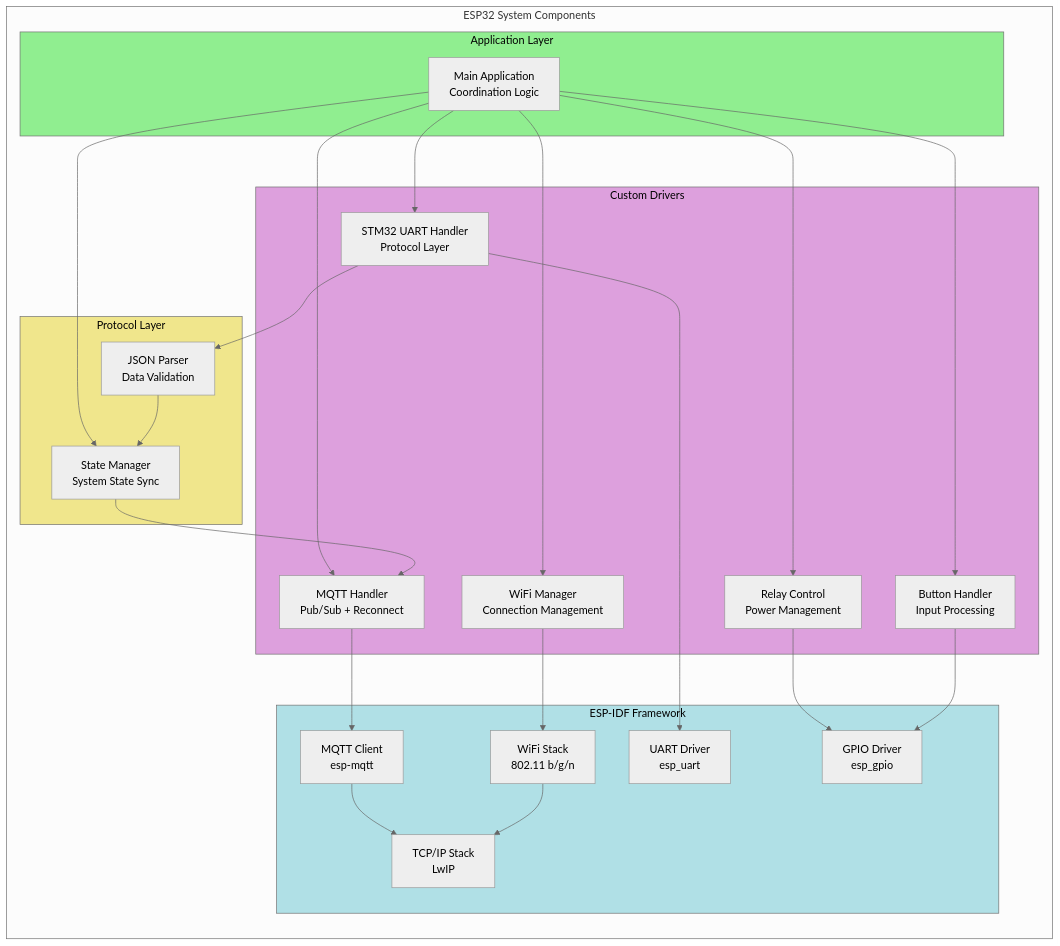
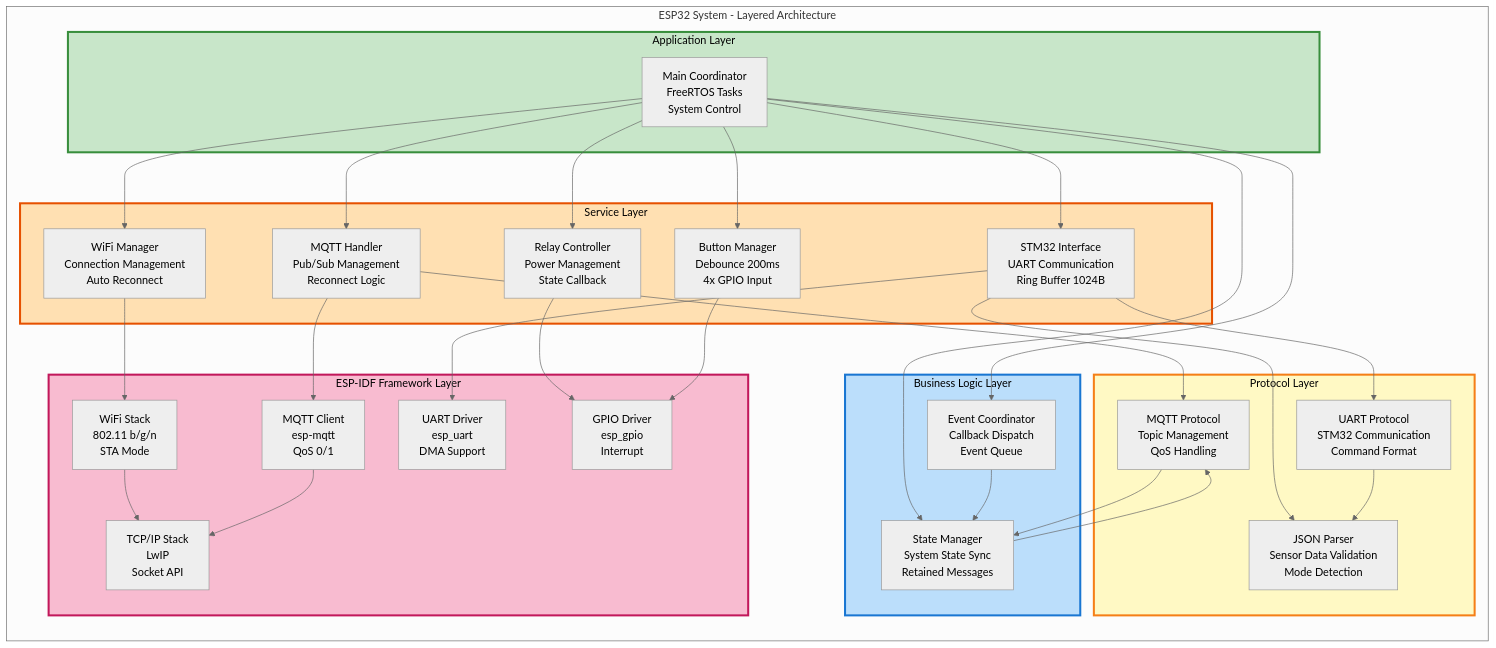
Before and after one commit to meeTeam05/datalogger: the third of 10 diagrams in documents/firmware/ARCHITECTURE_DIAGRAM_FIRMWARE.md, drawn with Mermaid (neutral theme). The commit also changed other lines of this file, not shown here.

Commit message:
fix(docs): enhance architecture diagrams clarity and details

````diff
--- a/documents/firmware/ARCHITECTURE_DIAGRAM_FIRMWARE.md
+++ b/documents/firmware/ARCHITECTURE_DIAGRAM_FIRMWARE.md
@@ -214,56 +221,69 @@
 ```mermaid
 graph TB
-    subgraph ESP32_System[ESP32 System Components]
+    subgraph ESP32_System["ESP32 System - Layered Architecture"]
         direction TB
 
-        subgraph ESP_IDF[ESP-IDF Framework]
-            WiFi_Stack[WiFi Stack<br/>802.11 b/g/n]
-            TCP_IP[TCP/IP Stack<br/>LwIP]
-            MQTT_Client[MQTT Client<br/>esp-mqtt]
-            UART_Driver[UART Driver<br/>esp_uart]
-            GPIO_Driver[GPIO Driver<br/>esp_gpio]
+        subgraph Application_Layer["Application Layer"]
+            Main_Coordinator[Main Coordinator<br/>FreeRTOS Tasks<br/>System Control]
         end
 
-        subgraph Custom_Drivers[Custom Drivers]
-            WiFi_Mgr[WiFi Manager<br/>Connection Management]
-            MQTT_Handler[MQTT Handler<br/>Pub/Sub + Reconnect]
-            UART_Handler[STM32 UART Handler<br/>Protocol Layer]
-            Relay_Ctrl[Relay Control<br/>Power Management]
-            Button_Handler[Button Handler<br/>Input Processing]
+        subgraph Business_Logic["Business Logic Layer"]
+            State_Manager[State Manager<br/>System State Sync<br/>Retained Messages]
+            Event_Coordinator[Event Coordinator<br/>Callback Dispatch<br/>Event Queue]
         end
 
-        subgraph Protocol[Protocol Layer]
-            JSON_Parser[JSON Parser<br/>Data Validation]
-            State_Mgr[State Manager<br/>System State Sync]
+        subgraph Protocol_Layer["Protocol Layer"]
+            JSON_Parser[JSON Parser<br/>Sensor Data Validation<br/>Mode Detection]
+            MQTT_Protocol[MQTT Protocol<br/>Topic Management<br/>QoS Handling]
+            UART_Protocol[UART Protocol<br/>STM32 Communication<br/>Command Format]
         end
 
-        subgraph Application[Application Layer]
-            Main_App[Main Application<br/>Coordination Logic]
+        subgraph Service_Layer["Service Layer"]
+            WiFi_Manager[WiFi Manager<br/>Connection Management<br/>Auto Reconnect]
+            MQTT_Handler[MQTT Handler<br/>Pub/Sub Management<br/>Reconnect Logic]
+            STM32_Interface[STM32 Interface<br/>UART Communication<br/>Ring Buffer 1024B]
+            Relay_Controller[Relay Controller<br/>Power Management<br/>State Callback]
+            Button_Manager[Button Manager<br/>Debounce 200ms<br/>4x GPIO Input]
         end
+
+        subgraph Driver_Layer["ESP-IDF Framework Layer"]
+            WiFi_Stack[WiFi Stack<br/>802.11 b/g/n<br/>STA Mode]
+            TCP_IP_Stack[TCP/IP Stack<br/>LwIP<br/>Socket API]
+            MQTT_Client[MQTT Client<br/>esp-mqtt<br/>QoS 0/1]
+            UART_Driver[UART Driver<br/>esp_uart<br/>DMA Support]
+            GPIO_Driver[GPIO Driver<br/>esp_gpio<br/>Interrupt]
+        end
+
+        Main_Coordinator --> WiFi_Manager
+        Main_Coordinator --> MQTT_Handler
+        Main_Coordinator --> STM32_Interface
+        Main_Coordinator --> Relay_Controller
+        Main_Coordinator --> Button_Manager
+        Main_Coordinator --> State_Manager
+        Main_Coordinator --> Event_Coordinator
+
+        State_Manager --> MQTT_Protocol
+        Event_Coordinator --> State_Manager
+
+        WiFi_Manager --> WiFi_Stack
+        MQTT_Handler --> MQTT_Protocol
+        MQTT_Handler --> MQTT_Client
+        STM32_Interface --> UART_Protocol
+        STM32_Interface --> JSON_Parser
+        STM32_Interface --> UART_Driver
+        Relay_Controller --> GPIO_Driver
+        Button_Manager --> GPIO_Driver
+
+        MQTT_Protocol --> State_Manager
+        UART_Protocol --> JSON_Parser
+
+        WiFi_Stack --> TCP_IP_Stack
+        MQTT_Client --> TCP_IP_Stack
     end
 
-    Main_App --> WiFi_Mgr
-    Main_App --> MQTT_Handler
-    Main_App --> UART_Handler
-    Main_App --> Relay_Ctrl
-    Main_App --> Button_Handler
-    Main_App --> State_Mgr
-
-    WiFi_Mgr --> WiFi_Stack
-    MQTT_Handler --> MQTT_Client
-    UART_Handler --> UART_Driver
-    UART_Handler --> JSON_Parser
-    Relay_Ctrl --> GPIO_Driver
-    Button_Handler --> GPIO_Driver
-
-    JSON_Parser --> State_Mgr
-    State_Mgr --> MQTT_Handler
-
-    MQTT_Client --> TCP_IP
-    WiFi_Stack --> TCP_IP
-
-    style ESP_IDF fill:#B0E0E6, color:#000000
-    style Custom_Drivers fill:#DDA0DD, color:#000000
-    style Protocol fill:#F0E68C, color:#000000
-    style Application fill:#90EE90, color:#000000
+    style Application_Layer fill:#C8E6C9,stroke:#388E3C,stroke-width:3px,color:#000
+    style Business_Logic fill:#BBDEFB,stroke:#1976D2,stroke-width:3px,color:#000
+    style Protocol_Layer fill:#FFF9C4,stroke:#F57F17,stroke-width:3px,color:#000
+    style Service_Layer fill:#FFE0B2,stroke:#E65100,stroke-width:3px,color:#000
+    style Driver_Layer fill:#F8BBD0,stroke:#C2185B,stroke-width:3px,color:#000
 ```
````
